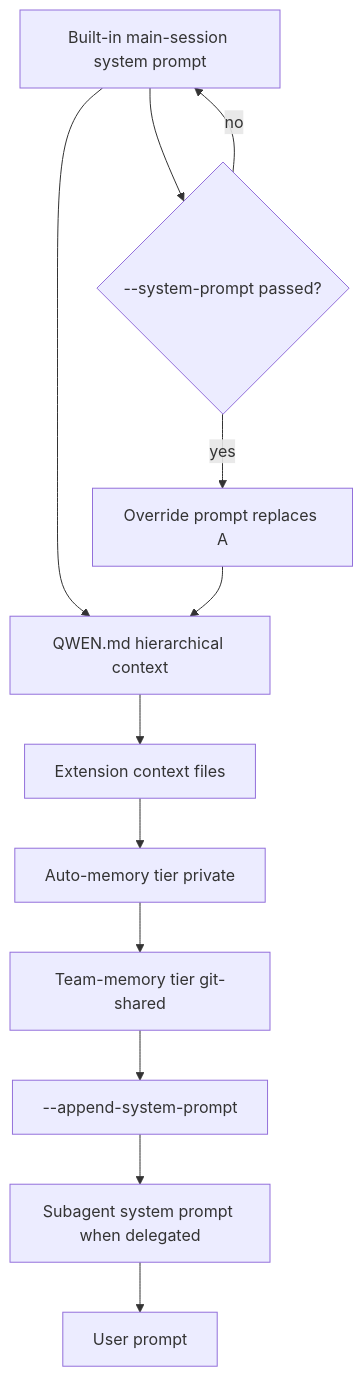
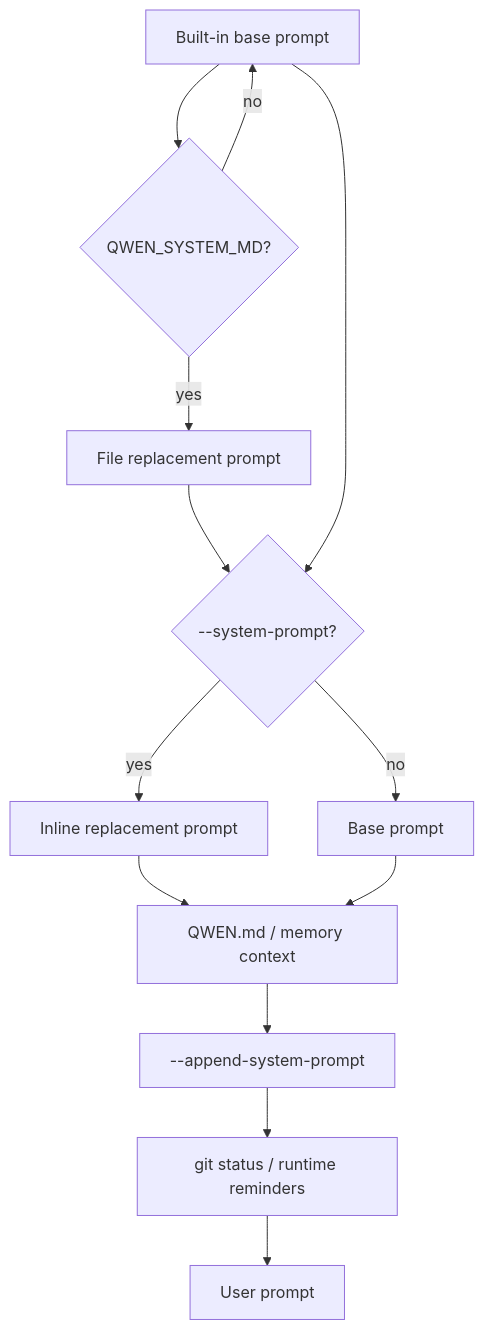
Before and after one commit to yankeeinlondon/rusty-biscuit: the diagram in claudine/docs/research/system-prompt/qwen-cli.md, drawn with Mermaid. The commit also changed other lines of this file and 9 other files, not shown here.

First line of the commit message:
docs(claudine): expand system-prompt fleet with kilo, kimi providers

````diff
--- a/claudine/docs/research/system-prompt/qwen-cli.md
+++ b/claudine/docs/research/system-prompt/qwen-cli.md
@@ -567,14 +451,15 @@
 ```mermaid
-graph TD
-    A[Built-in main-session system prompt] --> B{--system-prompt passed?}
-    B -- yes --> C[Override prompt replaces A]
-    B -- no --> A
-    A --> D[QWEN.md hierarchical context]
-    C --> D
-    D --> E[Extension context files]
-    E --> F[Auto-memory tier private]
-    F --> G[Team-memory tier git-shared]
-    G --> H[--append-system-prompt]
-    H --> I[Subagent system prompt when delegated]
-    I --> J[User prompt]
+flowchart TD
+  A[Built-in base prompt] --> B{QWEN_SYSTEM_MD?}
+  B -- yes --> C[File replacement prompt]
+  B -- no --> A
+  C --> D{--system-prompt?}
+  A --> D
+  D -- yes --> E[Inline replacement prompt]
+  D -- no --> F[Base prompt]
+  E --> G[QWEN.md / memory context]
+  F --> G
+  G --> H[--append-system-prompt]
+  H --> I[git status / runtime reminders]
+  I --> J[User prompt]
 ```
````
